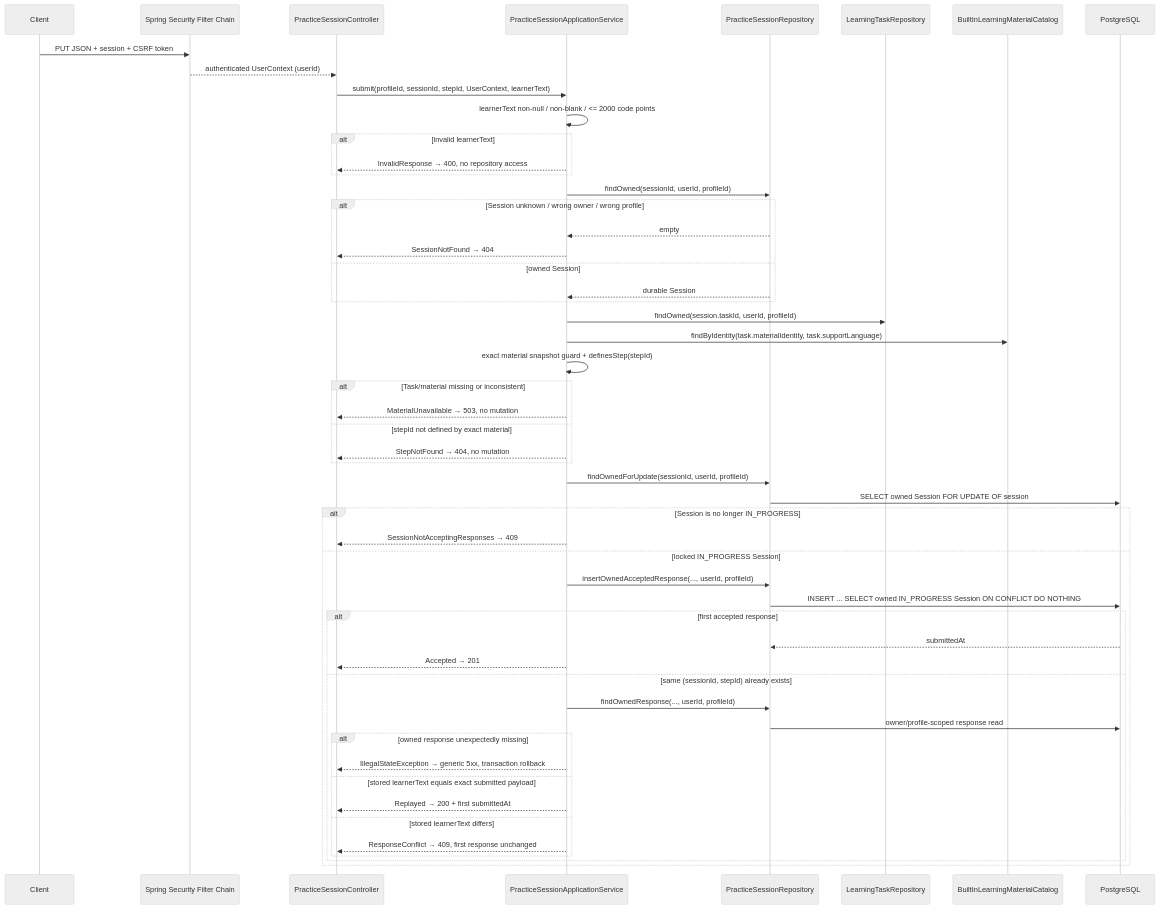
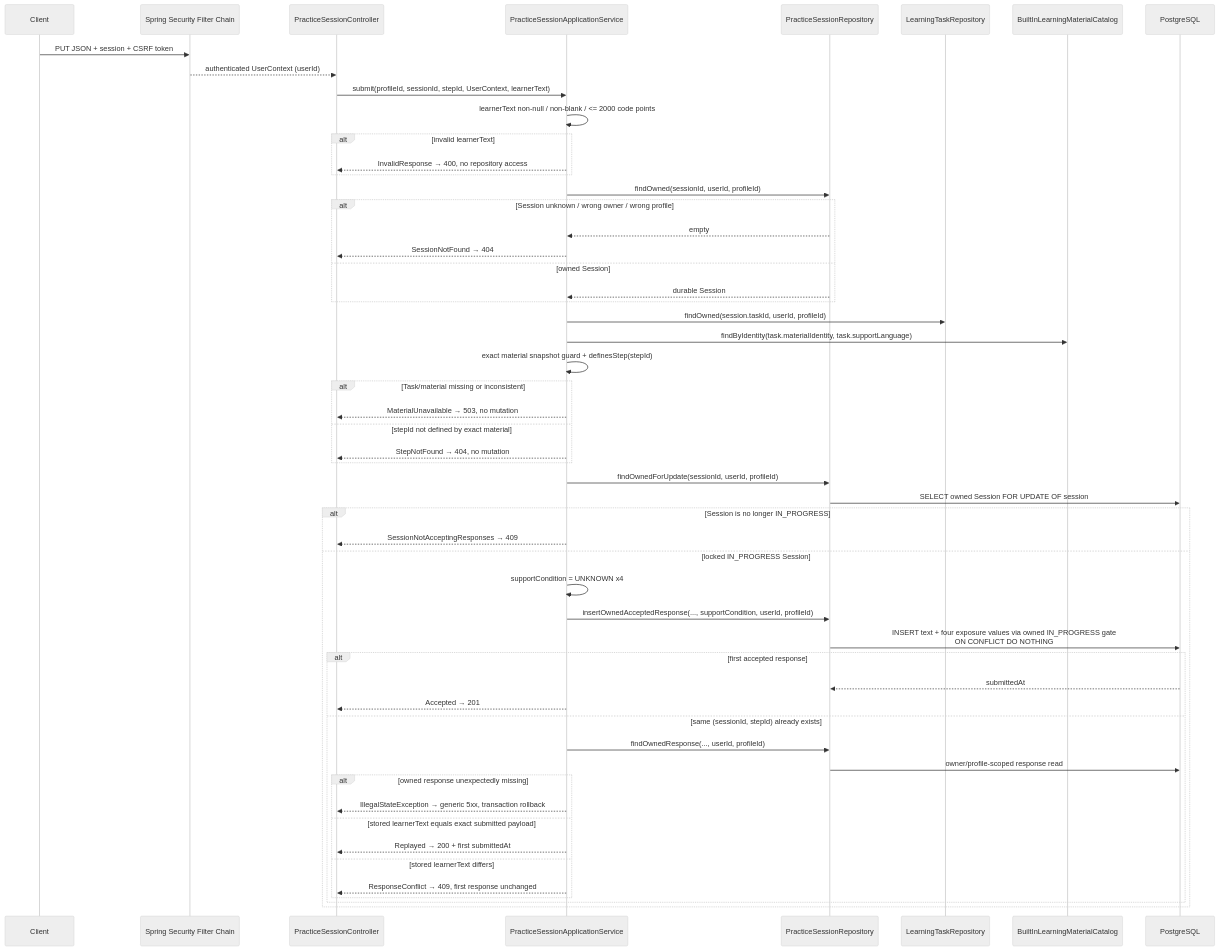
The second of 4 diagrams in docs/flow/practice-session-lifecycle.md (AnnnaSun/DailyLanguage), drawn with Mermaid (neutral theme) before and after one commit. The commit also changed other lines of this file and 17 other files, not shown here.

````diff
--- a/docs/flow/practice-session-lifecycle.md
+++ b/docs/flow/practice-session-lifecycle.md
@@ -105,59 +110,60 @@
 ```mermaid
 sequenceDiagram
     participant Client
     participant Security as Spring Security Filter Chain
     participant Controller as PracticeSessionController
     participant Service as PracticeSessionApplicationService
     participant SessionRepo as PracticeSessionRepository
     participant TaskRepo as LearningTaskRepository
     participant Catalog as BuiltInLearningMaterialCatalog
     participant DB as PostgreSQL
 
     Client->>Security: PUT JSON + session + CSRF token
     Security-->>Controller: authenticated UserContext (userId)
     Controller->>Service: submit(profileId, sessionId, stepId, UserContext, learnerText)
     Service->>Service: learnerText non-null / non-blank / <= 2000 code points
     alt invalid learnerText
         Service-->>Controller: InvalidResponse → 400, no repository access
     end
 
     Service->>SessionRepo: findOwned(sessionId, userId, profileId)
     alt Session unknown / wrong owner / wrong profile
         SessionRepo-->>Service: empty
         Service-->>Controller: SessionNotFound → 404
     else owned Session
         SessionRepo-->>Service: durable Session
     end
 
     Service->>TaskRepo: findOwned(session.taskId, userId, profileId)
     Service->>Catalog: findByIdentity(task.materialIdentity, task.supportLanguage)
     Service->>Service: exact material snapshot guard + definesStep(stepId)
     alt Task/material missing or inconsistent
         Service-->>Controller: MaterialUnavailable → 503, no mutation
     else stepId not defined by exact material
         Service-->>Controller: StepNotFound → 404, no mutation
     end
 
     Service->>SessionRepo: findOwnedForUpdate(sessionId, userId, profileId)
     SessionRepo->>DB: SELECT owned Session FOR UPDATE OF session
     alt Session is no longer IN_PROGRESS
         Service-->>Controller: SessionNotAcceptingResponses → 409
     else locked IN_PROGRESS Session
-        Service->>SessionRepo: insertOwnedAcceptedResponse(..., userId, profileId)
-        SessionRepo->>DB: INSERT ... SELECT owned IN_PROGRESS Session ON CONFLICT DO NOTHING
+        Service->>Service: supportCondition = UNKNOWN x4
+        Service->>SessionRepo: insertOwnedAcceptedResponse(..., supportCondition, userId, profileId)
+        SessionRepo->>DB: INSERT text + four exposure values via owned IN_PROGRESS gate<br/>ON CONFLICT DO NOTHING
         alt first accepted response
             DB-->>SessionRepo: submittedAt
             Service-->>Controller: Accepted → 201
         else same (sessionId, stepId) already exists
             Service->>SessionRepo: findOwnedResponse(..., userId, profileId)
             SessionRepo->>DB: owner/profile-scoped response read
             alt owned response unexpectedly missing
                 Service-->>Controller: IllegalStateException → generic 5xx, transaction rollback
             else stored learnerText equals exact submitted payload
                 Service-->>Controller: Replayed → 200 + first submittedAt
             else stored learnerText differs
                 Service-->>Controller: ResponseConflict → 409, first response unchanged
             end
         end
     end
 ```
````
